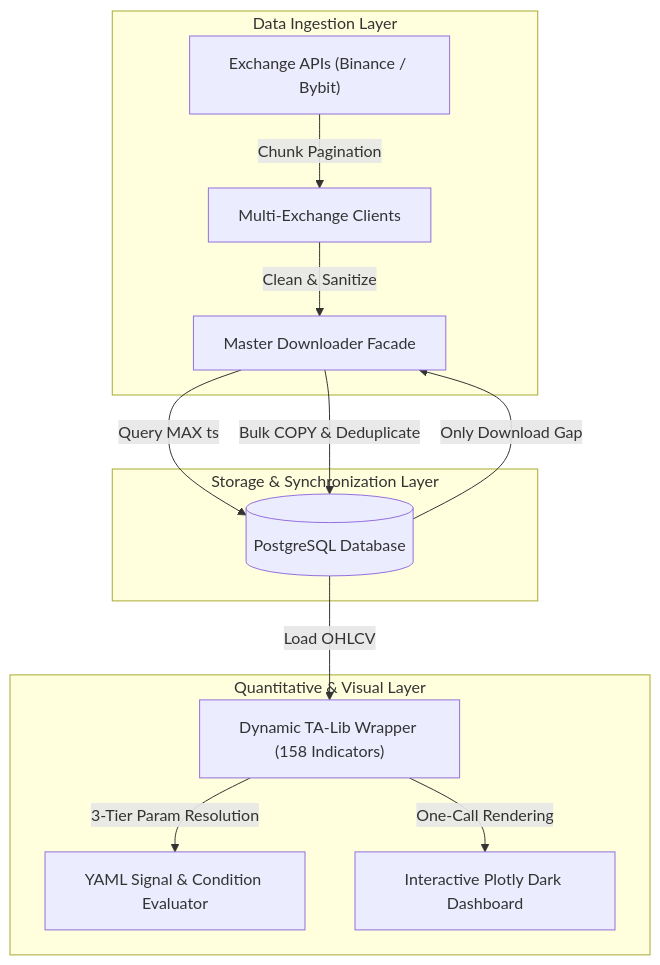
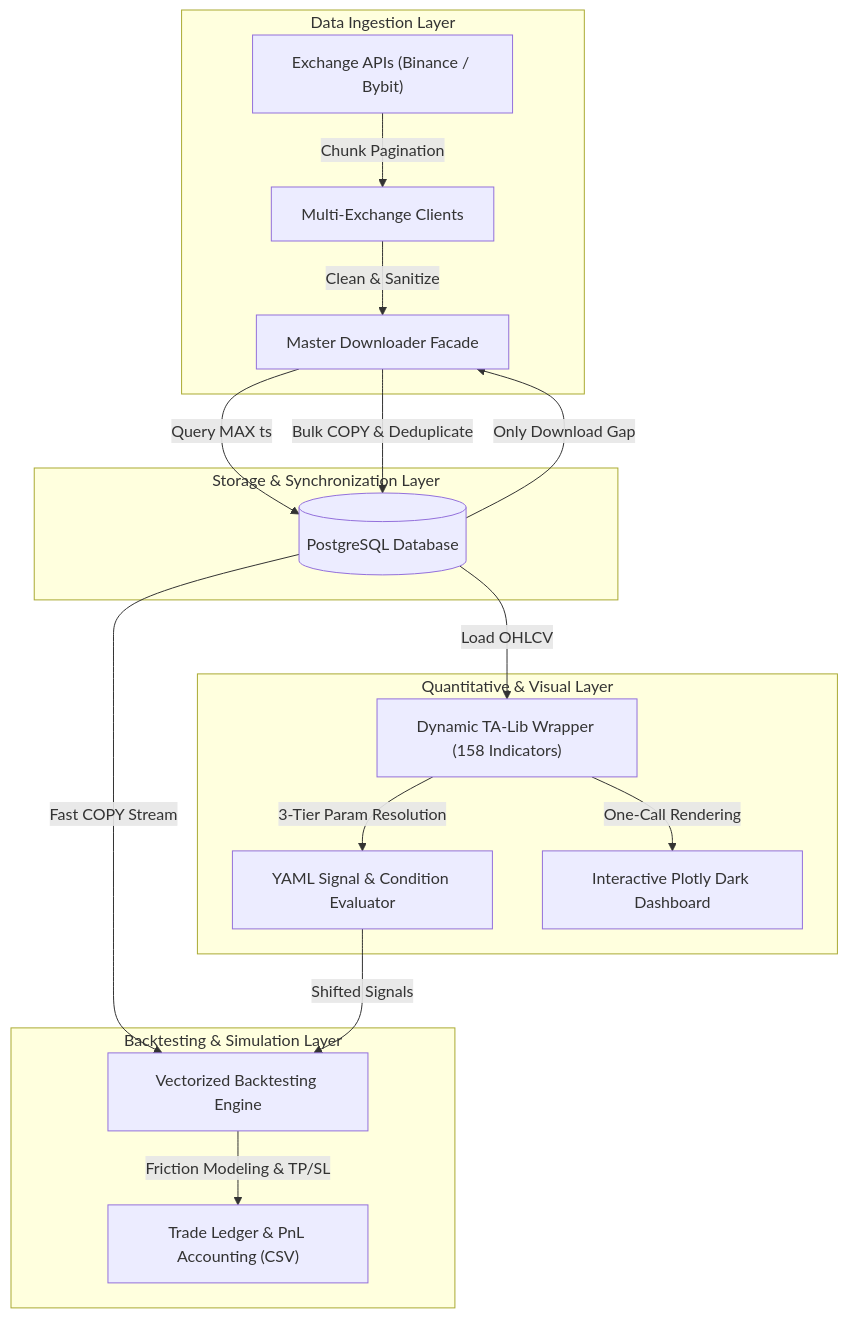
Before and after one commit to 21Afnan/cryptosight: the diagram in README.md, drawn with Mermaid. The commit also changed other lines of this file and 1 other file, not shown here.

````diff
--- a/README.md
+++ b/README.md
@@ -31,19 +32,25 @@
 ```mermaid
 graph TD
     subgraph Data Ingestion Layer
         API["Exchange APIs (Binance / Bybit)"] -->|Chunk Pagination| Fetcher["Multi-Exchange Clients"]
         Fetcher -->|Clean & Sanitize| Facade["Master Downloader Facade"]
     end
 
     subgraph Storage & Synchronization Layer
         Facade -->|Query MAX ts| SQL_Check[("PostgreSQL Database")]
         SQL_Check -->|Only Download Gap| Facade
         Facade -->|Bulk COPY & Deduplicate| SQL_Check
     end
 
     subgraph Quantitative & Visual Layer
         SQL_Check -->|Load OHLCV| Engine["Dynamic TA-Lib Wrapper (158 Indicators)"]
         Engine -->|3-Tier Param Resolution| Signals["YAML Signal & Condition Evaluator"]
         Engine -->|One-Call Rendering| Dashboard["Interactive Plotly Dark Dashboard"]
     end
+
+    subgraph Backtesting & Simulation Layer
+        SQL_Check -->|Fast COPY Stream| Backtester["Vectorized Backtesting Engine"]
+        Signals -->|Shifted Signals| Backtester
+        Backtester -->|Friction Modeling & TP/SL| Ledger["Trade Ledger & PnL Accounting (CSV)"]
+    end
 ```
````
